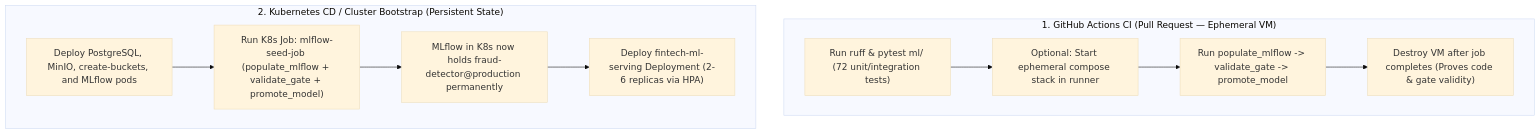
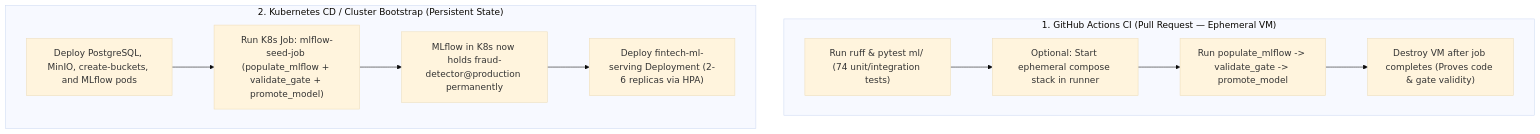
Before and after one commit to Oubay-S/fintech-mlops-platform: the third of 3 diagrams in docs/mlops-serving-team-handoff.md, drawn with Mermaid (base theme). The commit also changed other lines of this file and 5 other files, not shown here.

````diff
--- a/docs/mlops-serving-team-handoff.md
+++ b/docs/mlops-serving-team-handoff.md
@@ -242,18 +242,18 @@
 ```mermaid
 flowchart TD
     subgraph CI ["1. GitHub Actions CI (Pull Request — Ephemeral VM)"]
-        CI1["Run ruff & pytest ml/ (72 unit/integration tests)"]
+        CI1["Run ruff & pytest ml/ (74 unit/integration tests)"]
         CI2["Optional: Start ephemeral compose stack in runner"]
         CI3["Run populate_mlflow -> validate_gate -> promote_model"]
         CI4["Destroy VM after job completes (Proves code & gate validity)"]
         CI1 --> CI2 --> CI3 --> CI4
     end
 
     subgraph CD ["2. Kubernetes CD / Cluster Bootstrap (Persistent State)"]
         CD1["Deploy PostgreSQL, MinIO, create-buckets, and MLflow pods"]
         CD2["Run K8s Job: mlflow-seed-job (populate_mlflow + validate_gate + promote_model)"]
         CD3["MLflow in K8s now holds fraud-detector@production permanently"]
         CD4["Deploy fintech-ml-serving Deployment (2-6 replicas via HPA)"]
         CD1 --> CD2 --> CD3 --> CD4
     end
 ```
````
